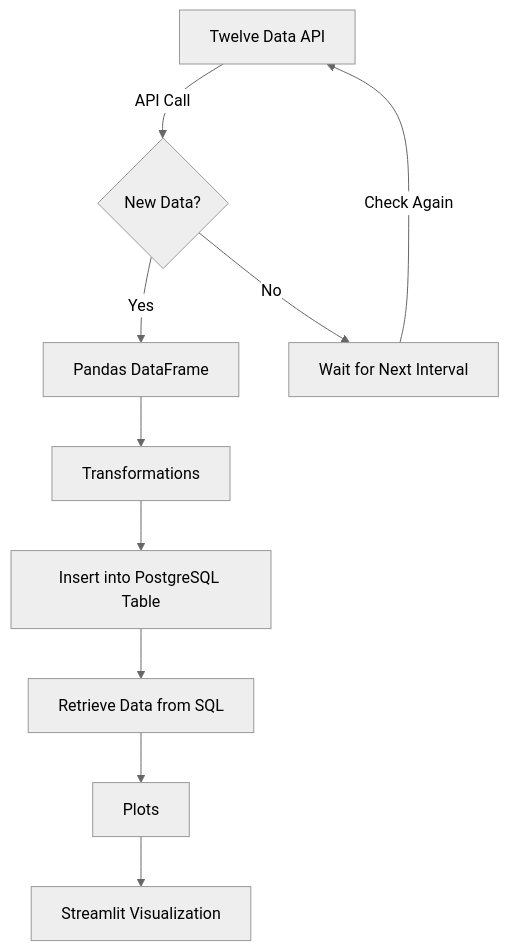
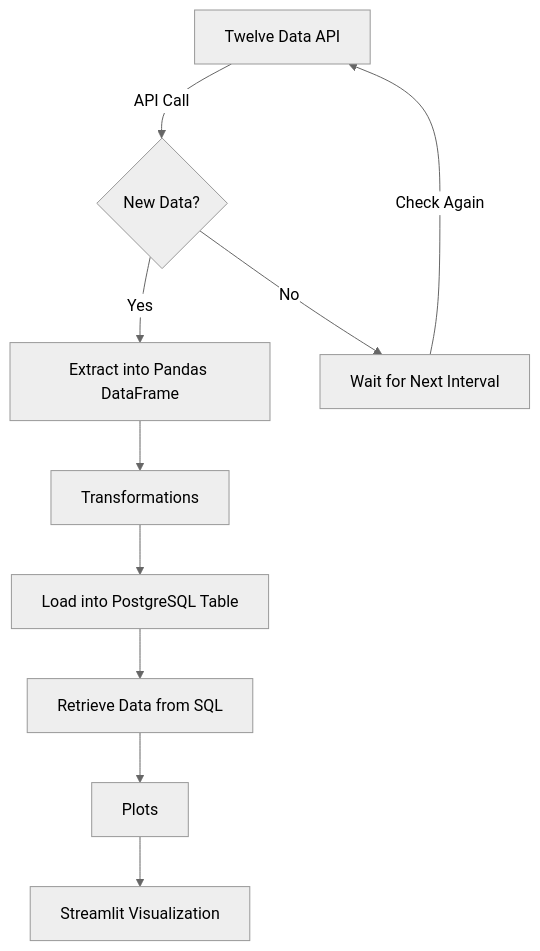
The diagram in README.md (tungstennn/ETL-Pipeline-for-Trading-Insights-Application), drawn with Mermaid (neutral theme) before and after one commit.

````diff
--- a/README.md
+++ b/README.md
@@ -15,12 +15,12 @@
 ```mermaid
 graph TD
     A[Twelve Data API] -->|API Call| B{New Data?}
-    B -- Yes --> C[Pandas DataFrame]
+    B -- Yes --> C[Extract into Pandas DataFrame]
     B -- No --> G[Wait for Next Interval]
     C --> D[Transformations]
-    D --> E[Insert into PostgreSQL Table]
+    D --> E[Load into PostgreSQL Table]
     E --> F[Retrieve Data from SQL]
     F --> H[Plots]
     H --> I[Streamlit Visualization]
     G -->|Check Again| A
 ```
````
